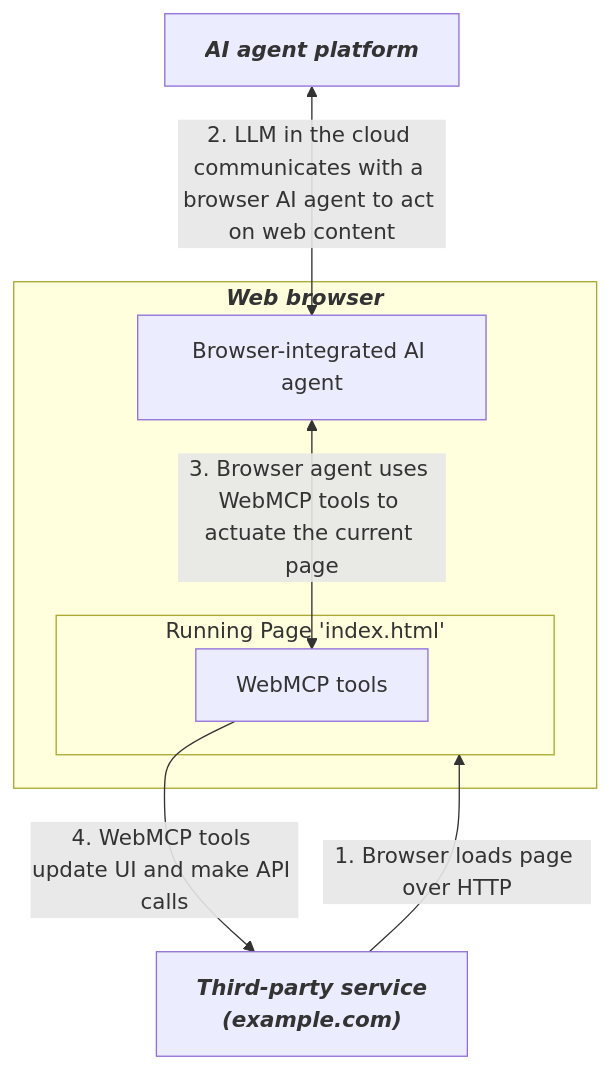
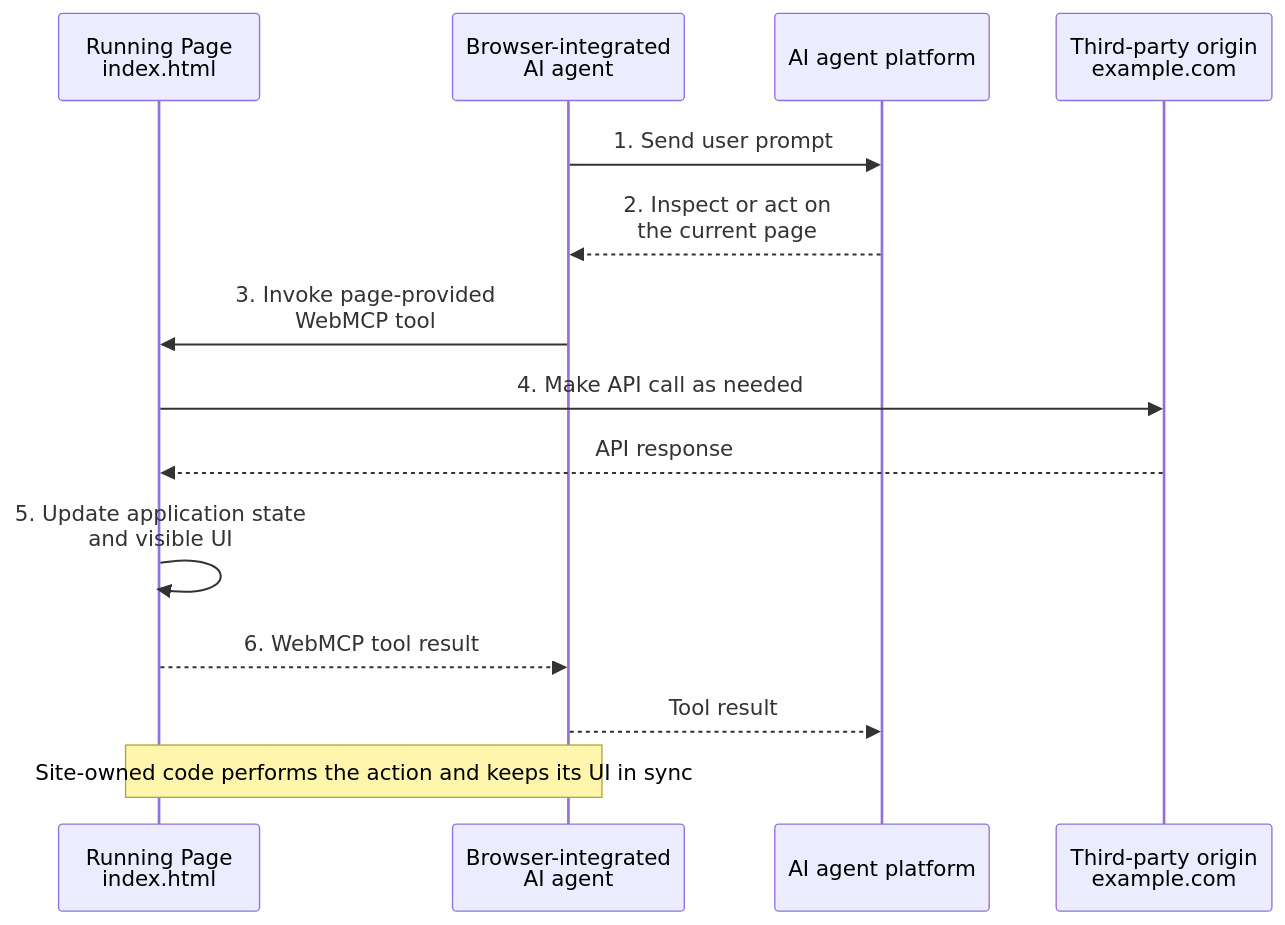
One commit to webmachinelearning/webmcp changed the first of 2 diagrams in README.md. Above: the diagram before and after it, drawn with Mermaid. The commit also changed other lines of this file, not shown here.

Commit message:
Refactor sequence diagrams

````diff
--- a/README.md
+++ b/README.md
@@ -30,18 +30,23 @@
 ```mermaid
-graph TD
-    subgraph WB["<b><i>Web browser</i></b>"]
-        BA["Browser-integrated AI agent"]
-        subgraph RP["Running Page 'index.html'"]
-            WMCP["WebMCP tools"]
-        end
-    end
+sequenceDiagram
+    participant Page as Running Page<br/>index.html
+    participant Agent as Browser-integrated<br/>AI agent
+    participant AI as AI agent platform
+    participant Service as Third-party origin<br/>example.com
 
-    AI["<b><i>AI agent platform</i></b>"]
-    TP["<b><i>Third-party service<br>(example.com)</i></b>"]
+    Agent->>AI: 1. Send user prompt
 
-    %% Connections
-    TP -->|"1. Browser loads page over HTTP"| RP
-    AI <-->|"2. LLM in the cloud communicates with a browser AI agent to act on web content"| BA
-    BA <-->|"3. Browser agent uses WebMCP tools to actuate the current page"| WMCP
-    WMCP -->|"4. WebMCP tools update UI and make API calls"| TP
+    AI-->>Agent: 2. Inspect or act on<br/>the current page
+
+    Agent->>Page: 3. Invoke page-provided<br/>WebMCP tool
+
+    Page->>Service: 4. Make API call as needed
+    Service-->>Page: API response
+
+    Page->>Page: 5. Update application state<br/>and visible UI
+
+    Page-->>Agent: 6. WebMCP tool result
+    Agent-->>AI: Tool result
+
+    Note over Page,Agent: Site-owned code performs the action and keeps its UI in sync
 ```
````
